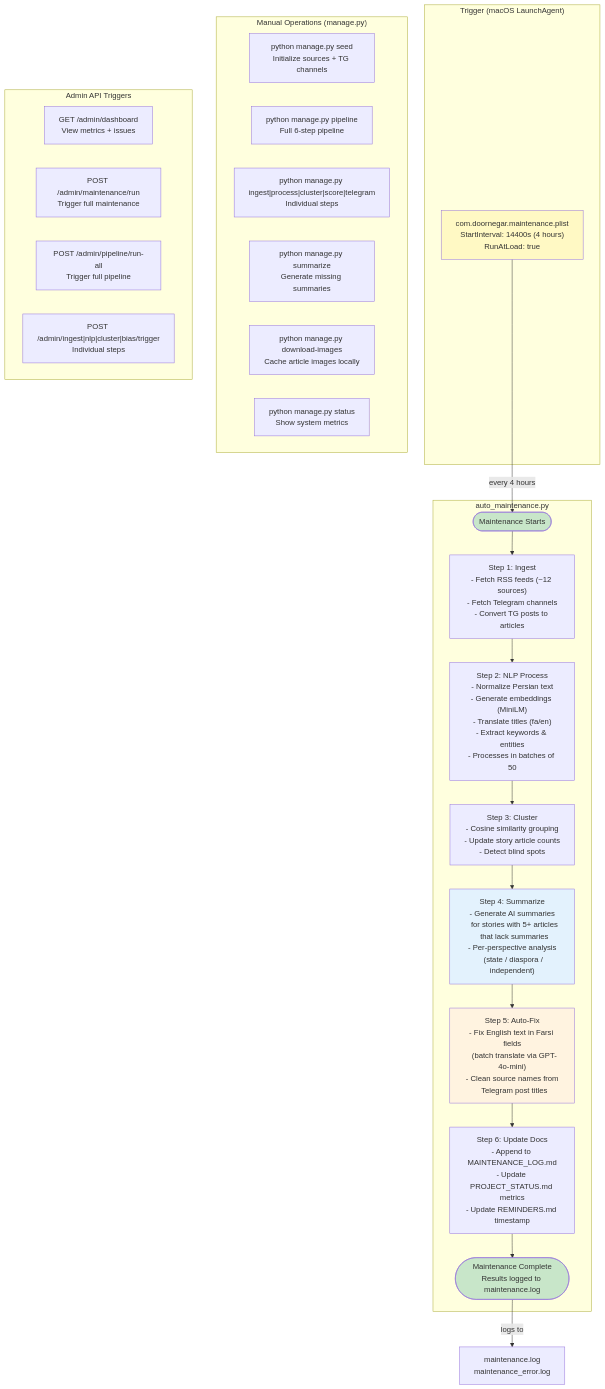
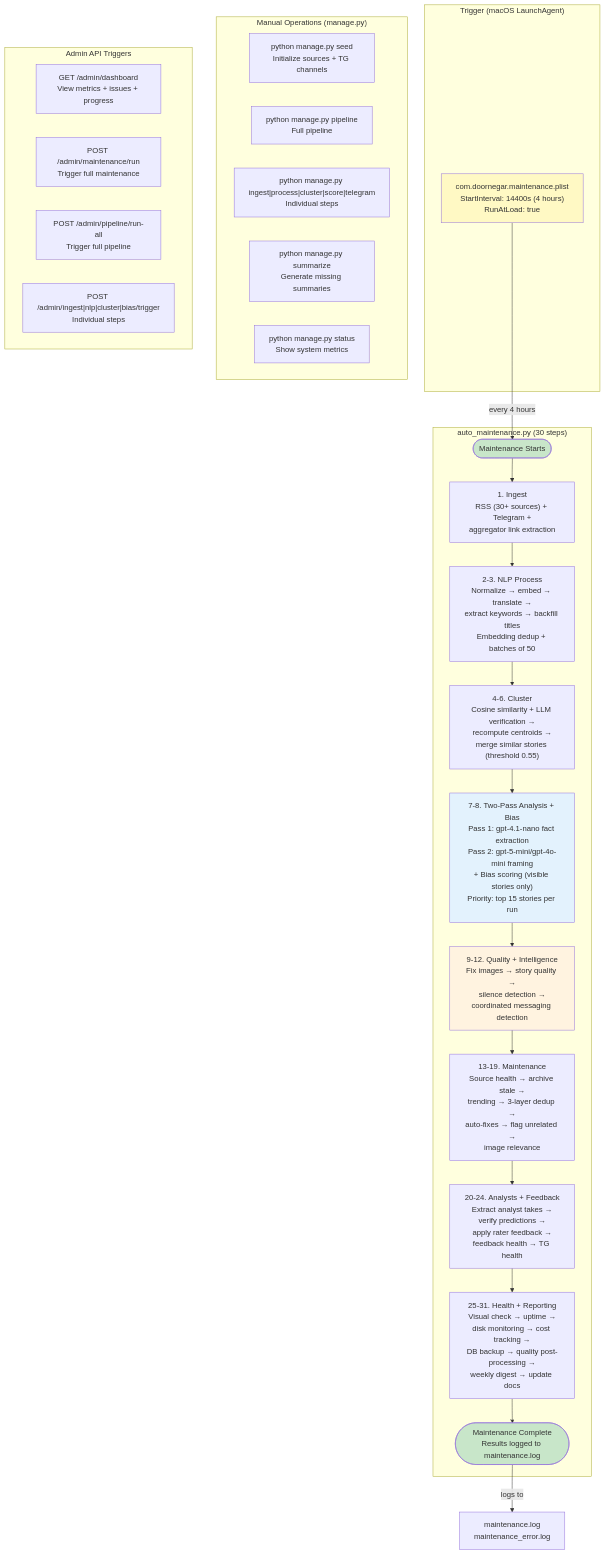
The tenth of 10 diagrams in project-management/ARCHITECTURE_VISUAL.md (parham-ashur/doornegar), drawn with Mermaid before and after one commit. The commit also changed other lines of this file, not shown here.

Commit message:
Update architecture docs: 34-step pipeline, intelligence layer, two-pass analysis

````diff
--- a/project-management/ARCHITECTURE_VISUAL.md
+++ b/project-management/ARCHITECTURE_VISUAL.md
@@ -472,57 +689,62 @@
 ```mermaid
 flowchart TD
     subgraph Trigger["Trigger (macOS LaunchAgent)"]
         LA["com.doornegar.maintenance.plist<br/>StartInterval: 14400s (4 hours)<br/>RunAtLoad: true"]
     end
 
-    subgraph MainScript["auto_maintenance.py"]
+    subgraph MainScript["auto_maintenance.py (30 steps)"]
         Start(["Maintenance Starts"])
 
-        Step1["Step 1: Ingest<br/>- Fetch RSS feeds (~12 sources)<br/>- Fetch Telegram channels<br/>- Convert TG posts to articles"]
+        Step1["1. Ingest<br/>RSS (30+ sources) + Telegram +<br/>aggregator link extraction"]
 
-        Step2["Step 2: NLP Process<br/>- Normalize Persian text<br/>- Generate embeddings (MiniLM)<br/>- Translate titles (fa/en)<br/>- Extract keywords & entities<br/>- Processes in batches of 50"]
+        Step2["2-3. NLP Process<br/>Normalize → embed → translate →<br/>extract keywords → backfill titles<br/>Embedding dedup + batches of 50"]
 
-        Step3["Step 3: Cluster<br/>- Cosine similarity grouping<br/>- Update story article counts<br/>- Detect blind spots"]
+        Step3["4-6. Cluster<br/>Cosine similarity + LLM verification →<br/>recompute centroids →<br/>merge similar stories (threshold 0.55)"]
 
-        Step4["Step 4: Summarize<br/>- Generate AI summaries<br/>  for stories with 5+ articles<br/>  that lack summaries<br/>- Per-perspective analysis<br/>  (state / diaspora / independent)"]
+        Step4["7-8. Two-Pass Analysis + Bias<br/>Pass 1: gpt-4.1-nano fact extraction<br/>Pass 2: gpt-5-mini/gpt-4o-mini framing<br/>+ Bias scoring (visible stories only)<br/>Priority: top 15 stories per run"]
 
-        Step5["Step 5: Auto-Fix<br/>- Fix English text in Farsi fields<br/>  (batch translate via GPT-4o-mini)<br/>- Clean source names from<br/>  Telegram post titles"]
+        Step5["9-12. Quality + Intelligence<br/>Fix images → story quality →<br/>silence detection →<br/>coordinated messaging detection"]
 
-        Step6["Step 6: Update Docs<br/>- Append to MAINTENANCE_LOG.md<br/>- Update PROJECT_STATUS.md metrics<br/>- Update REMINDERS.md timestamp"]
+        Step6["13-19. Maintenance<br/>Source health → archive stale →<br/>trending → 3-layer dedup →<br/>auto-fixes → flag unrelated →<br/>image relevance"]
+
+        Step7["20-24. Analysts + Feedback<br/>Extract analyst takes →<br/>verify predictions →<br/>apply rater feedback →<br/>feedback health → TG health"]
+
+        Step8["25-31. Health + Reporting<br/>Visual check → uptime →<br/>disk monitoring → cost tracking →<br/>DB backup → quality post-processing →<br/>weekly digest → update docs"]
 
         Done(["Maintenance Complete<br/>Results logged to maintenance.log"])
     end
 
     subgraph ManualOps["Manual Operations (manage.py)"]
         Seed["python manage.py seed<br/>Initialize sources + TG channels"]
-        Pipeline["python manage.py pipeline<br/>Full 6-step pipeline"]
+        Pipeline["python manage.py pipeline<br/>Full pipeline"]
         Individual["python manage.py ingest|process|cluster|score|telegram<br/>Individual steps"]
         Summarize["python manage.py summarize<br/>Generate missing summaries"]
-        DownloadImg["python manage.py download-images<br/>Cache article images locally"]
         Status["python manage.py status<br/>Show system metrics"]
     end
 
     subgraph AdminAPI["Admin API Triggers"]
-        APIDash["GET /admin/dashboard<br/>View metrics + issues"]
+        APIDash["GET /admin/dashboard<br/>View metrics + issues + progress"]
         APIMaint["POST /admin/maintenance/run<br/>Trigger full maintenance"]
         APIPipe["POST /admin/pipeline/run-all<br/>Trigger full pipeline"]
         APIIndiv["POST /admin/ingest|nlp|cluster|bias/trigger<br/>Individual steps"]
     end
 
     LA -->|"every 4 hours"| Start
     Start --> Step1
     Step1 --> Step2
     Step2 --> Step3
     Step3 --> Step4
     Step4 --> Step5
     Step5 --> Step6
-    Step6 --> Done
+    Step6 --> Step7
+    Step7 --> Step8
+    Step8 --> Done
 
     Done -->|"logs to"| LogFile["maintenance.log<br/>maintenance_error.log"]
 
     style LA fill:#fff9c4
     style Start fill:#c8e6c9
     style Done fill:#c8e6c9
     style Step4 fill:#e3f2fd
     style Step5 fill:#fff3e0
 ```
````
